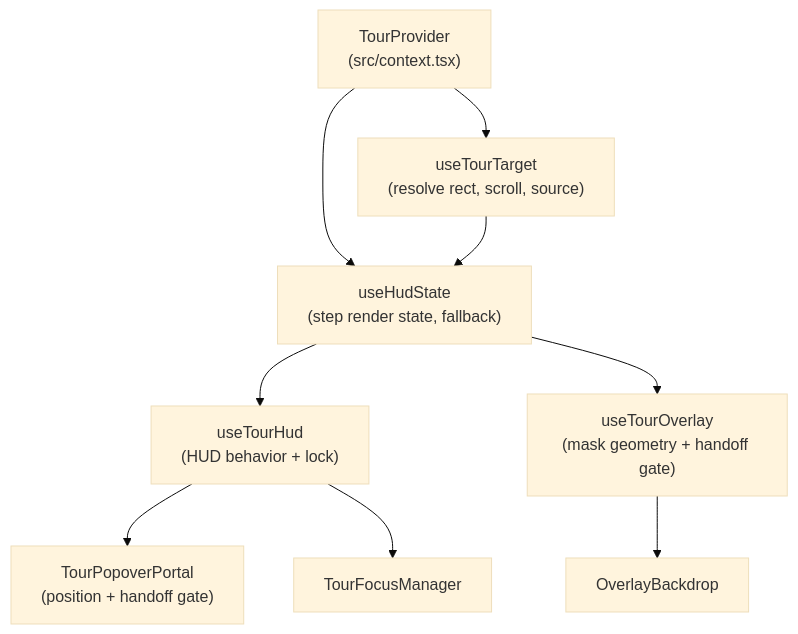
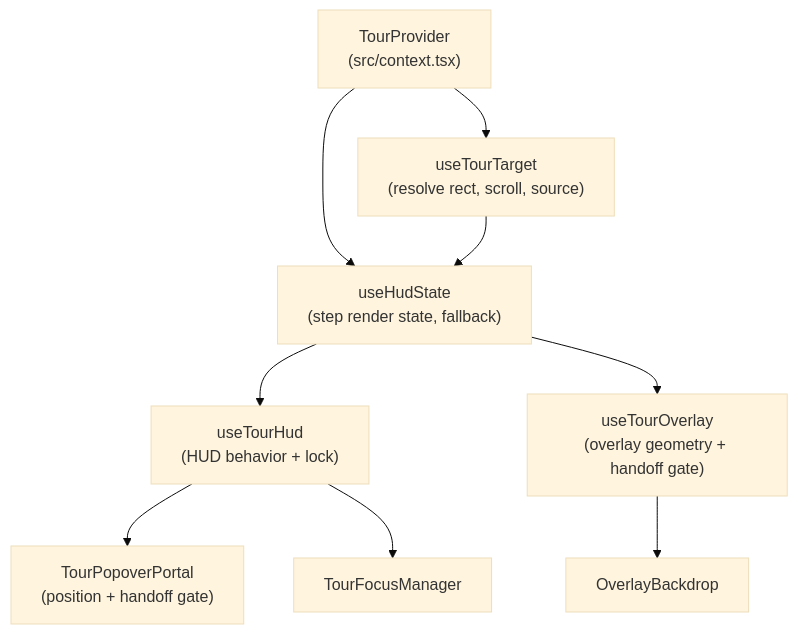
One commit to kvngrf/flowsterix changed the diagram in packages/react/README.md. Above: the diagram before and after it, drawn with Mermaid (base theme). The commit also changed other lines of this file and 32 other files, not shown here.

First line of the commit message:
feat: release version 1.0.0 with unified overlay geometry and enhancements

````diff
--- a/packages/react/README.md
+++ b/packages/react/README.md
@@ -53,11 +53,11 @@
 ```mermaid
 flowchart TD
   A["TourProvider<br/>(src/context.tsx)"] --> B["useTourTarget<br/>(resolve rect, scroll, source)"]
   A --> C["useHudState<br/>(step render state, fallback)"]
   B --> C
   C --> D["useTourHud<br/>(HUD behavior + lock)"]
-  C --> E["useTourOverlay<br/>(mask geometry + handoff gate)"]
+  C --> E["useTourOverlay<br/>(overlay geometry + handoff gate)"]
   D --> F["TourPopoverPortal<br/>(position + handoff gate)"]
   E --> G["OverlayBackdrop"]
   D --> H["TourFocusManager"]
 ```
````
